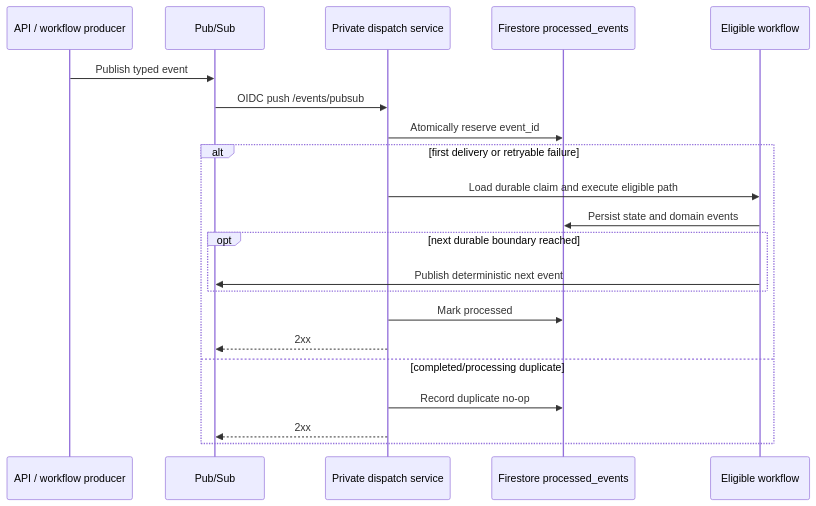
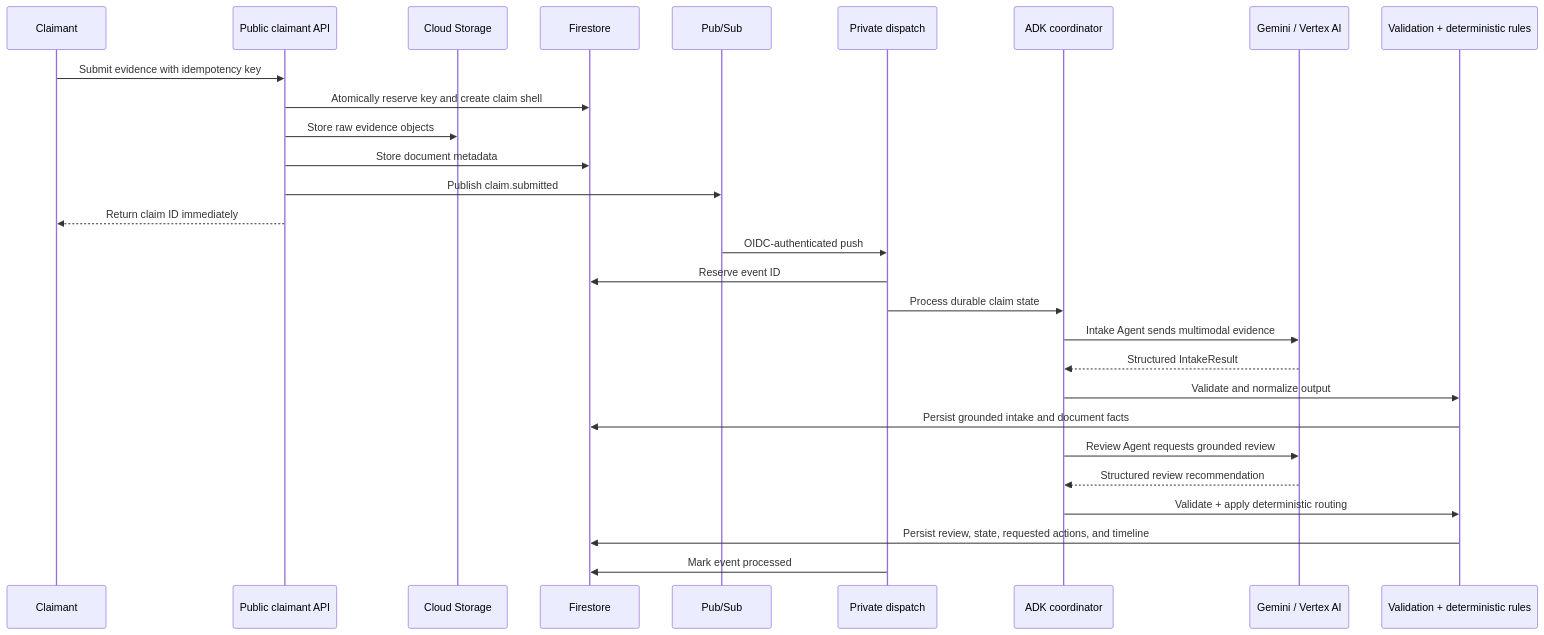
The second of 5 diagrams in docs/ARCHITECTURE.md (ramprasath-v/first-notice-dispatch), drawn with Mermaid before and after one commit. The commit also changed other lines of this file and 13 other files, not shown here.

````diff
--- a/docs/ARCHITECTURE.md
+++ b/docs/ARCHITECTURE.md
@@ -115,24 +84,31 @@
 ```mermaid
 sequenceDiagram
-    participant Producer as API / workflow producer
-    participant Topic as Pub/Sub
-    participant Dispatch as Private dispatch service
-    participant Ledger as Firestore processed_events
-    participant Workflow as Eligible workflow
+    participant C as Claimant
+    participant API as Public claimant API
+    participant GCS as Cloud Storage
+    participant FS as Firestore
+    participant PS as Pub/Sub
+    participant D as Private dispatch
+    participant ADK as ADK coordinator
+    participant G as Gemini / Vertex AI
+    participant App as Validation + deterministic rules
 
-    Producer->>Topic: Publish typed event
-    Topic->>Dispatch: OIDC push /events/pubsub
-    Dispatch->>Ledger: Atomically reserve event_id
-    alt first delivery or retryable failure
-        Dispatch->>Workflow: Load durable claim and execute eligible path
-        Workflow->>Ledger: Persist state and domain events
-        opt next durable boundary reached
-            Workflow->>Topic: Publish deterministic next event
-        end
-        Dispatch->>Ledger: Mark processed
-        Dispatch-->>Topic: 2xx
-    else completed/processing duplicate
-        Dispatch->>Ledger: Record duplicate no-op
-        Dispatch-->>Topic: 2xx
-    end
+    C->>API: Submit evidence with idempotency key
+    API->>FS: Atomically reserve key and create claim shell
+    API->>GCS: Store raw evidence objects
+    API->>FS: Store document metadata
+    API->>PS: Publish claim.submitted
+    API-->>C: Return claim ID immediately
+    PS->>D: OIDC-authenticated push
+    D->>FS: Reserve event ID
+    D->>ADK: Process durable claim state
+    ADK->>G: Intake Agent sends multimodal evidence
+    G-->>ADK: Structured IntakeResult
+    ADK->>App: Validate and normalize output
+    App->>FS: Persist grounded intake and document facts
+    ADK->>G: Review Agent requests grounded review
+    G-->>ADK: Structured review recommendation
+    ADK->>App: Validate + apply deterministic routing
+    App->>FS: Persist review, state, requested actions, and timeline
+    D->>FS: Mark event processed
 ```
````
